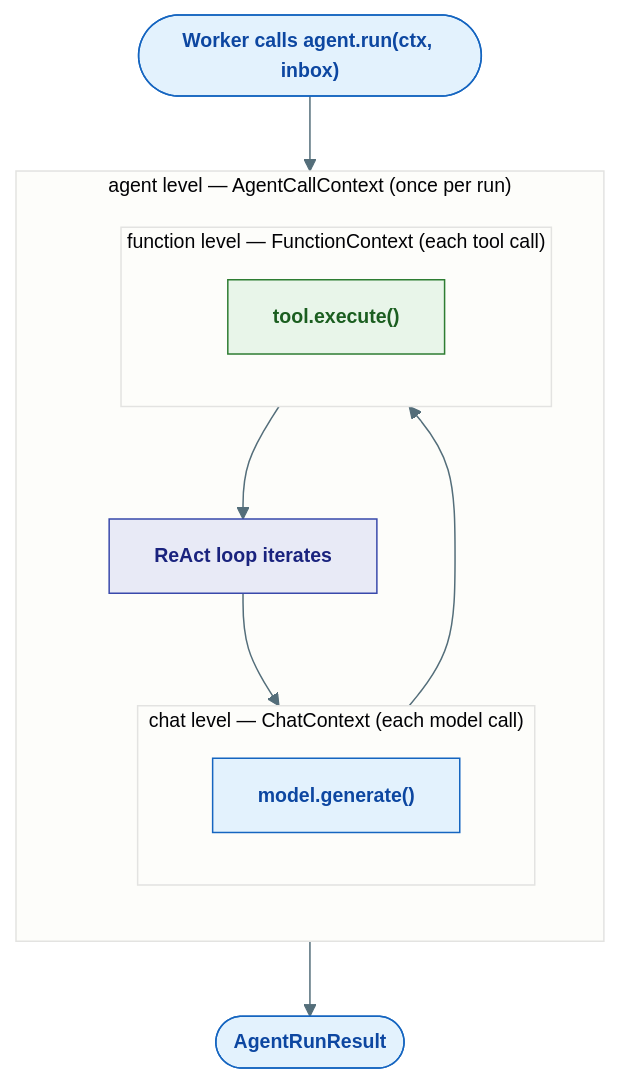
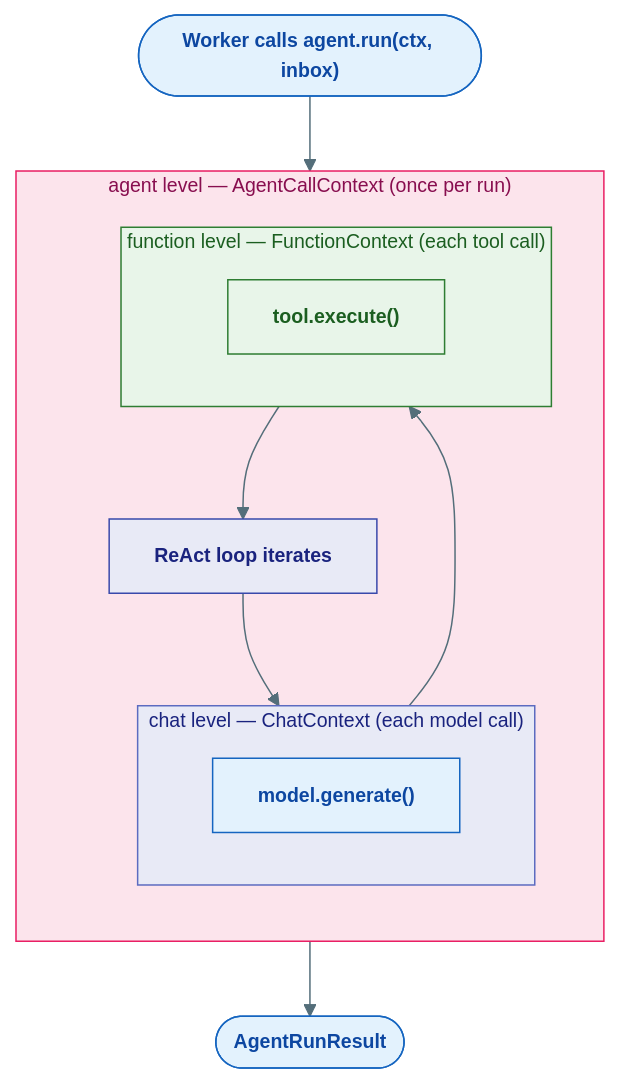
The third of 5 diagrams in agents/agent-substrate/docs/agents/05-middleware-and-guardrails.md (Ravikumarchavva/agent-substrate), drawn with Mermaid before and after one commit. The commit also changed other lines of this file and 13 other files, not shown here.

Commit message:
style: enhance diagram aesthetics with color coding and improve Mermaid integration

````diff
--- a/agents/agent-substrate/docs/agents/05-middleware-and-guardrails.md
+++ b/agents/agent-substrate/docs/agents/05-middleware-and-guardrails.md
@@ -289,22 +294,26 @@
 ```mermaid
 %%{init: {'theme': 'base', 'themeVariables': {'primaryColor': '#E8EAF6','primaryTextColor': '#1A237E','primaryBorderColor': '#3949AB','lineColor': '#546E7A','fontSize': '13px'}}}%%
 flowchart TD
     classDef agent   fill:#E8EAF6,stroke:#3949AB,color:#1A237E,font-weight:bold
     classDef runtime fill:#E3F2FD,stroke:#1565C0,color:#0D47A1,font-weight:bold
     classDef tool    fill:#E8F5E9,stroke:#2E7D32,color:#1B5E20,font-weight:bold
 
     IN(["Worker calls agent.run(ctx, inbox)"]):::runtime
     subgraph AG["agent level — AgentCallContext (once per run)"]
         direction TB
         LOOP["ReAct loop iterates"]:::agent
         subgraph CH["chat level — ChatContext (each model call)"]
             MODEL["model.generate()"]:::runtime
         end
         subgraph FN["function level — FunctionContext (each tool call)"]
             TOOL["tool.execute()"]:::tool
         end
         LOOP --> CH --> FN --> LOOP
     end
     IN --> AG
     AG --> OUT(["AgentRunResult"]):::runtime
+
+    style AG fill:#fce4ec,stroke:#e91e63,color:#880e4f
+    style CH fill:#e8eaf6,stroke:#5c6bc0,color:#1a237e
+    style FN fill:#e8f5e9,stroke:#2e7d32,color:#1b5e20
 ```
````
